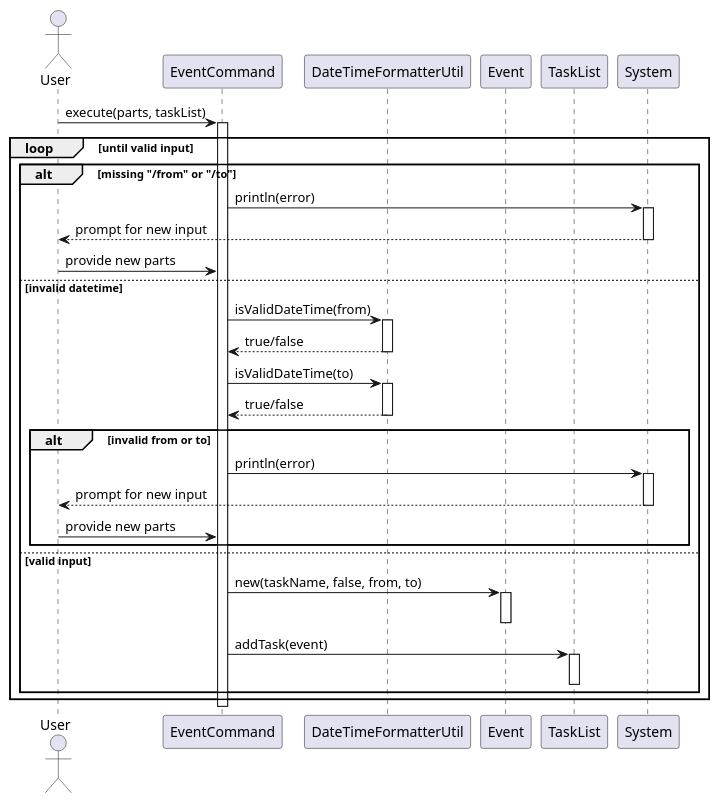
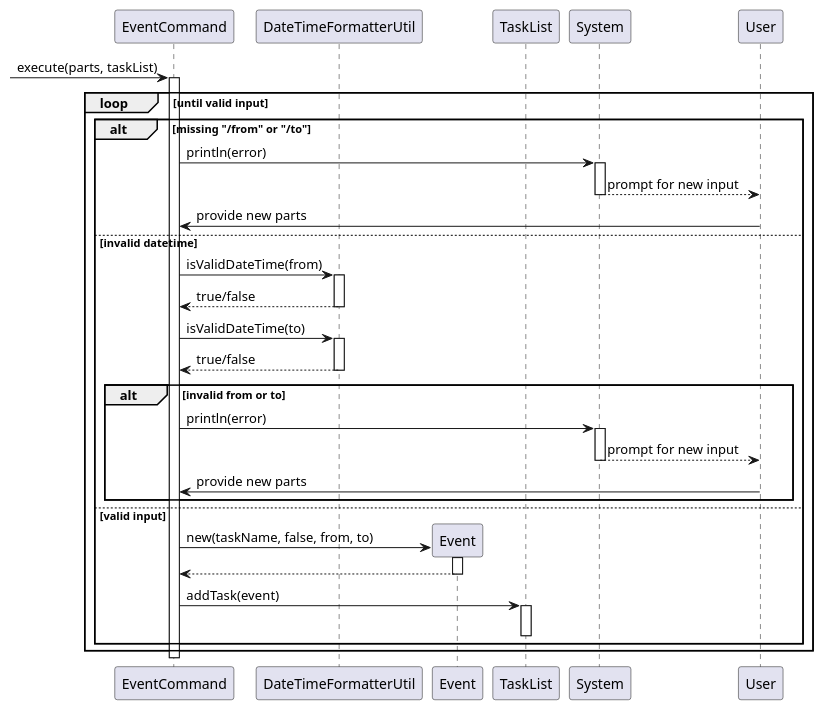
Before and after one commit to wongyihao02/tp: the diagram in docs/diagrams/tasklistcommands/EventCommandSequenceDiagram.puml, drawn with PlantUML. The commit also changed 19 other files, not shown here.

Commit message:
Edit sequence diagrams for taskcommands

```diff
--- a/docs/diagrams/tasklistcommands/EventCommandSequenceDiagram.puml
+++ b/docs/diagrams/tasklistcommands/EventCommandSequenceDiagram.puml
@@ -1,52 +1,52 @@
 @startuml
 'https://plantuml.com/sequence-diagram
-
-actor User
 
 participant "EventCommand" as EventCmd
 participant "DateTimeFormatterUtil" as Formatter
 participant "Event" as Event
 participant "TaskList" as TaskList
 participant "System" as Console
 
-User -> EventCmd : execute(parts, taskList)
+-> EventCmd : execute(parts, taskList)
 activate EventCmd
 
 loop until valid input
     alt missing "/from" or "/to"
         EventCmd -> Console : println(error)
         activate Console
         Console --> User : prompt for new input
         deactivate Console
         User -> EventCmd : provide new parts
     else invalid datetime
         EventCmd -> Formatter : isValidDateTime(from)
         activate Formatter
         Formatter --> EventCmd : true/false
         deactivate Formatter
 
         EventCmd -> Formatter : isValidDateTime(to)
         activate Formatter
         Formatter --> EventCmd : true/false
         deactivate Formatter
 
         alt invalid from or to
             EventCmd -> Console : println(error)
             activate Console
             Console --> User : prompt for new input
             deactivate Console
             User -> EventCmd : provide new parts
         end
     else valid input
+        create Event
         EventCmd -> Event : new(taskName, false, from, to)
         activate Event
+        Event --> EventCmd
         deactivate Event
 
         EventCmd -> TaskList : addTask(event)
         activate TaskList
         deactivate TaskList
     end
 end
 
 deactivate EventCmd
 @enduml
```
